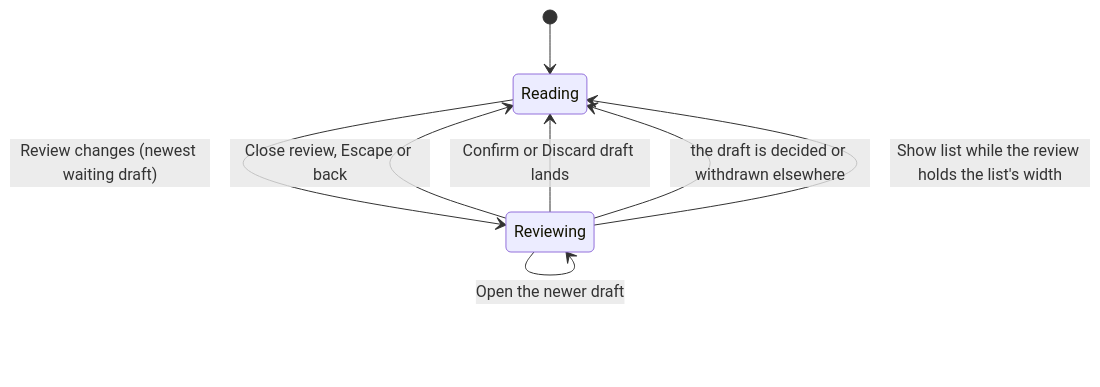
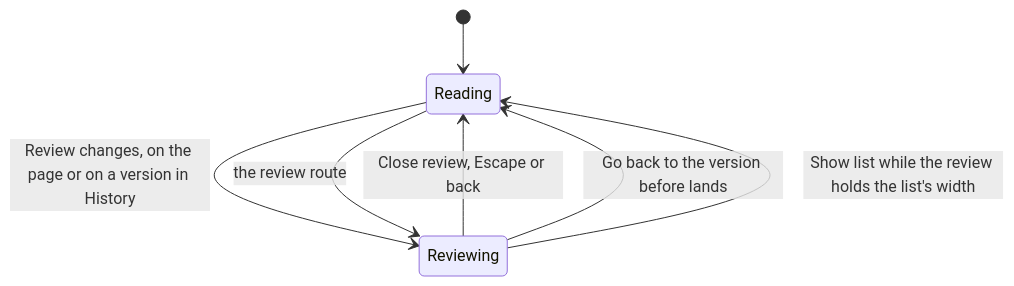
One commit to matthiasn/lotti changed the sixth of 6 diagrams in knowledge/features/documents.md. Above: the diagram before and after it, drawn with Mermaid. The commit also changed other lines of this file and 109 other files, not shown here.

First line of the commit message:
feat(documents): the agent writes document versions directly, with version history and Go back instead of a confirm step

````diff
--- a/knowledge/features/documents.md
+++ b/knowledge/features/documents.md
@@ -666,10 +639,9 @@
 ```mermaid
 stateDiagram-v2
   [*] --> Reading
-  Reading --> Reviewing: Review changes (newest waiting draft)
-  Reviewing --> Reviewing: Open the newer draft
+  Reading --> Reviewing: Review changes, on the page or on a version in History
+  Reading --> Reviewing: the review route
   Reviewing --> Reading: Close review, Escape or back
-  Reviewing --> Reading: Confirm or Discard draft lands
-  Reviewing --> Reading: the draft is decided or withdrawn elsewhere
+  Reviewing --> Reading: Go back to the version before lands
   Reviewing --> Reading: Show list while the review holds the list's width
 ```
````
